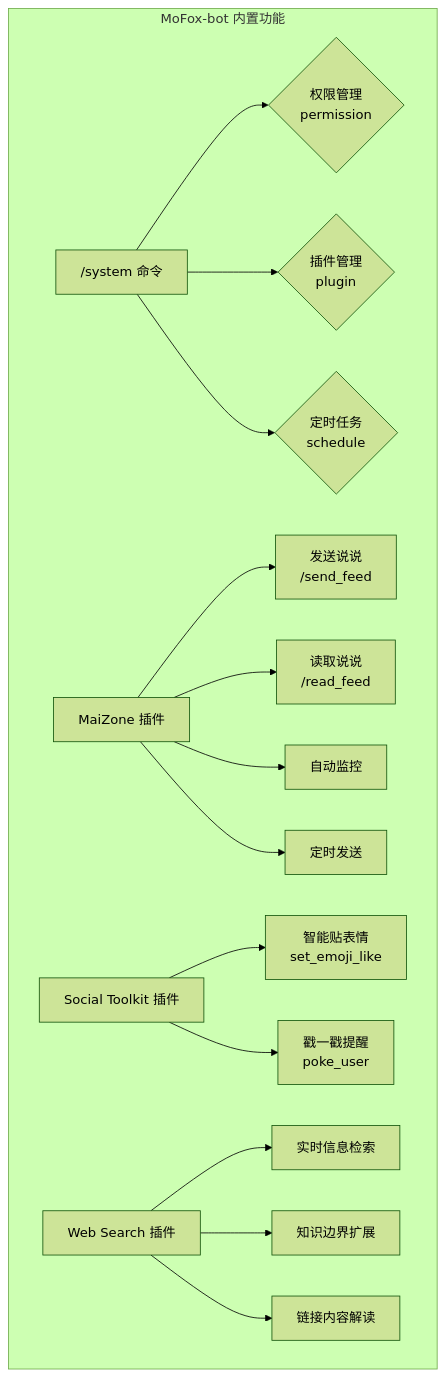
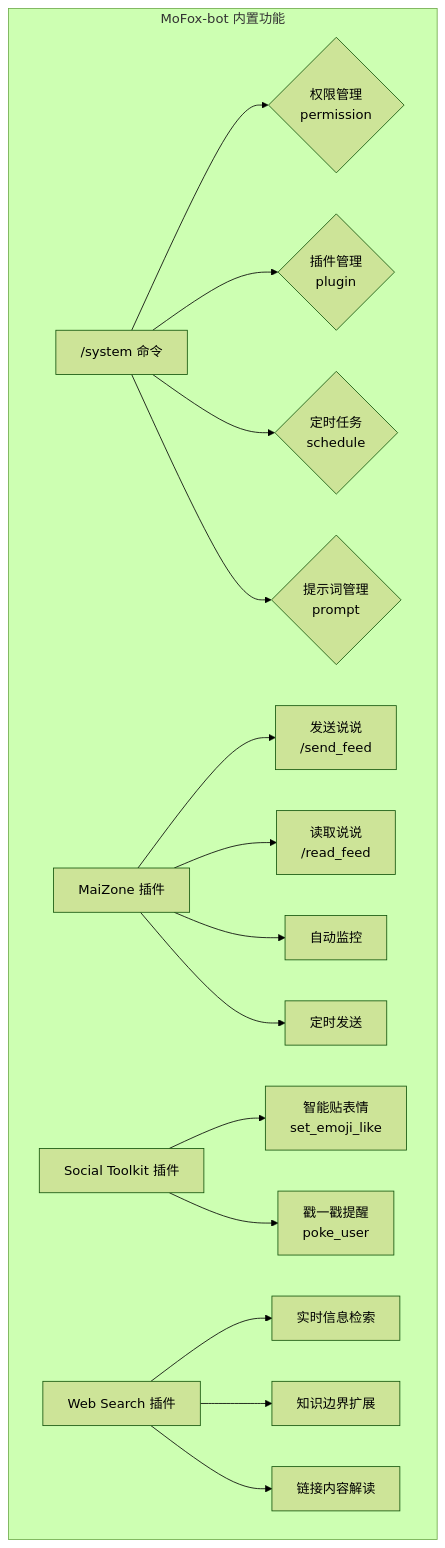
Before and after one commit to MoFox-Studio/MoFox-Bot-Docs: the diagram in docs/guides/built_in_plugins_guide.md, drawn with Mermaid (forest theme). The commit also changed other lines of this file, not shown here.

Commit message:
docs(guides): 为系统命令添加 prompt 管理文档

````diff
--- a/docs/guides/built_in_plugins_guide.md
+++ b/docs/guides/built_in_plugins_guide.md
@@ -5,20 +5,21 @@
 ```mermaid
 graph TD
     subgraph MoFox-bot 内置功能
         A["/system 命令"] --> B{权限管理<br>permission};
         A --> C{插件管理<br>plugin};
         A --> D{定时任务<br>schedule};
+        A --> P2{提示词管理<br>prompt};
 
         E[MaiZone 插件] --> F[发送说说<br>/send_feed];
         E --> G[读取说说<br>/read_feed];
         E --> H[自动监控];
         E --> I[定时发送];
 
         J[Social Toolkit 插件] --> K[智能贴表情<br>set_emoji_like];
         J --> L[戳一戳提醒<br>poke_user];
 
         M[Web Search 插件] --> N[实时信息检索];
         M --> O[知识边界扩展];
         M --> P[链接内容解读];
     end
 ```
````
